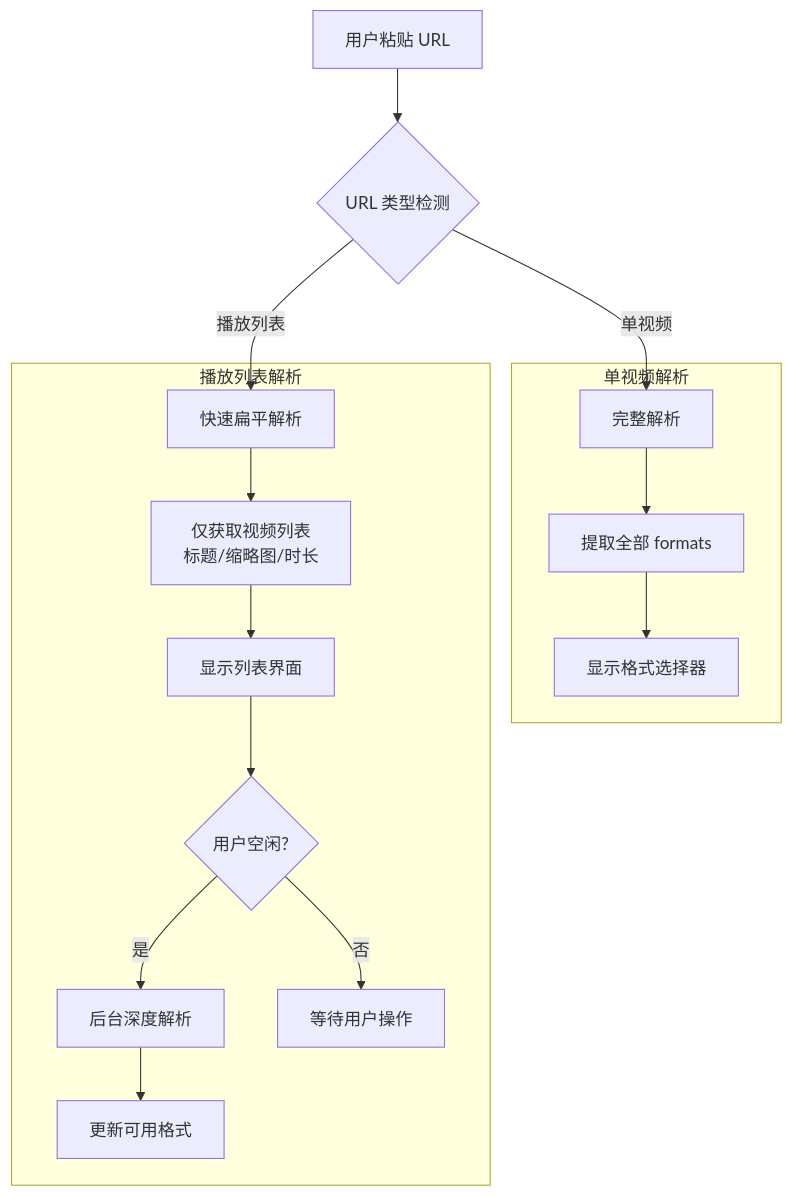
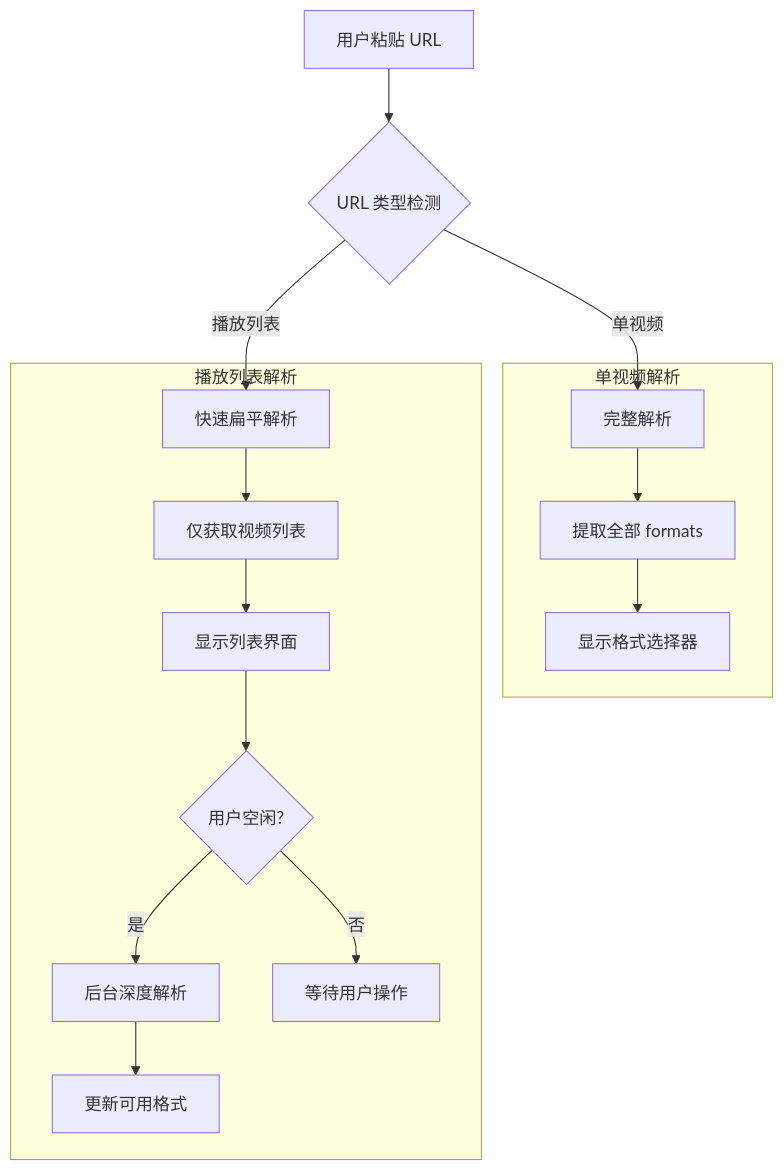
One commit to prideicker/FluentYTDL changed the fourth of 24 diagrams in docs/ARCHITECTURE.md. Above: the diagram before and after it, drawn with Mermaid. The commit also changed other lines of this file, not shown here.

Commit message:
fix: 修复所有 Mermaid 图表 GitHub 渲染问题 (移除 br 标签和特殊字符)

````diff
--- a/docs/ARCHITECTURE.md
+++ b/docs/ARCHITECTURE.md
@@ -217,21 +217,21 @@
 ```mermaid
 flowchart TD
-    Start[用户粘贴 URL] --> Detect{URL 类型检测}
+    Start["用户粘贴 URL"] --> Detect{"URL 类型检测"}
     
-    Detect -->|单视频| Single[完整解析]
-    Detect -->|播放列表| Flat[快速扁平解析]
+    Detect -->|单视频| Single["完整解析"]
+    Detect -->|播放列表| Flat["快速扁平解析"]
     
     subgraph SingleFlow["单视频解析"]
-        Single --> Formats[提取全部 formats]
-        Formats --> UI1[显示格式选择器]
+        Single --> Formats["提取全部 formats"]
+        Formats --> UI1["显示格式选择器"]
     end
     
     subgraph PlaylistFlow["播放列表解析"]
-        Flat --> List[仅获取视频列表<br/>标题/缩略图/时长]
-        List --> UI2[显示列表界面]
-        UI2 --> Idle{用户空闲?}
-        Idle -->|是| Deep[后台深度解析]
-        Idle -->|否| Wait[等待用户操作]
-        Deep --> Update[更新可用格式]
+        Flat --> List["仅获取视频列表"]
+        List --> UI2["显示列表界面"]
+        UI2 --> Idle{"用户空闲?"}
+        Idle -->|是| Deep["后台深度解析"]
+        Idle -->|否| Wait["等待用户操作"]
+        Deep --> Update["更新可用格式"]
     end
 ```
````
